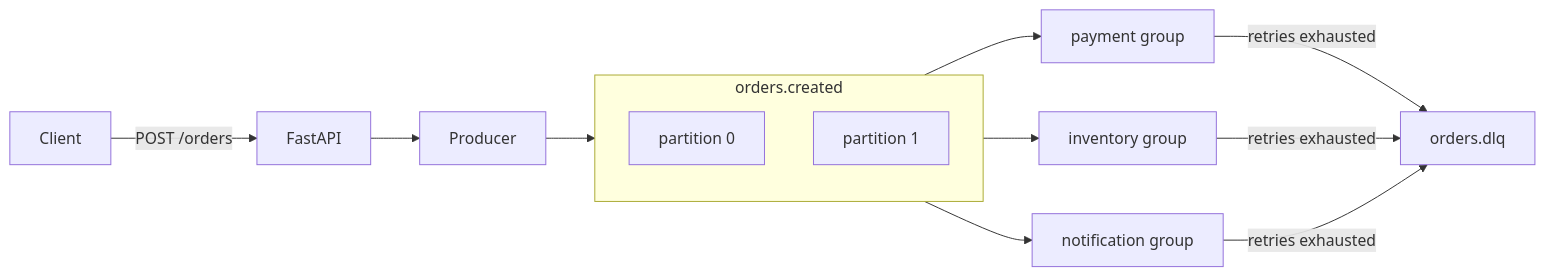
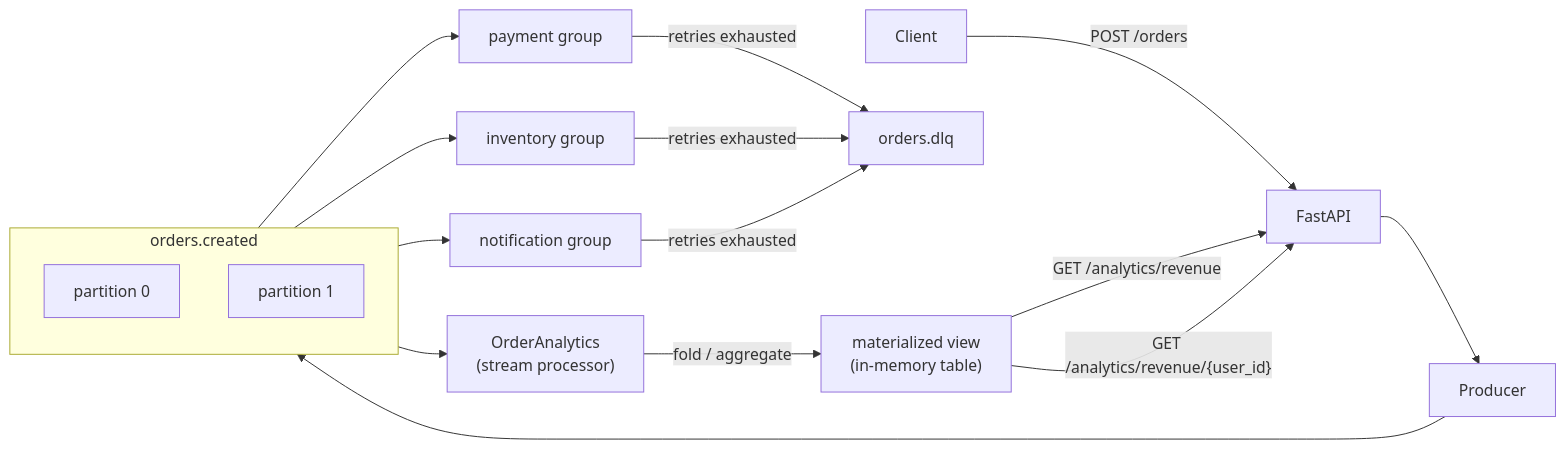
Before and after one commit to sany2k8/kafka-zero-to-hero: the diagram in README.md, drawn with Mermaid. The commit also changed other lines of this file and 3 other files, not shown here.

````diff
--- a/README.md
+++ b/README.md
@@ -9,20 +10,25 @@
 ```mermaid
 flowchart LR
   Client -->|"POST /orders"| API[FastAPI]
   API --> Producer
   Producer --> Topic
 
   subgraph Topic["orders.created"]
     direction TB
     p0[partition 0]
     p1[partition 1]
   end
 
   Topic --> Pay[payment group]
   Topic --> Inv[inventory group]
   Topic --> Notif[notification group]
+  Topic --> Stream["OrderAnalytics\n(stream processor)"]
 
   Pay -->|"retries exhausted"| DLQ[orders.dlq]
   Inv -->|"retries exhausted"| DLQ
   Notif -->|"retries exhausted"| DLQ
+
+  Stream -->|"fold / aggregate"| View["materialized view\n(in-memory table)"]
+  View -->|"GET /analytics/revenue"| API
+  View -->|"GET /analytics/revenue/{user_id}"| API
 ```
````
